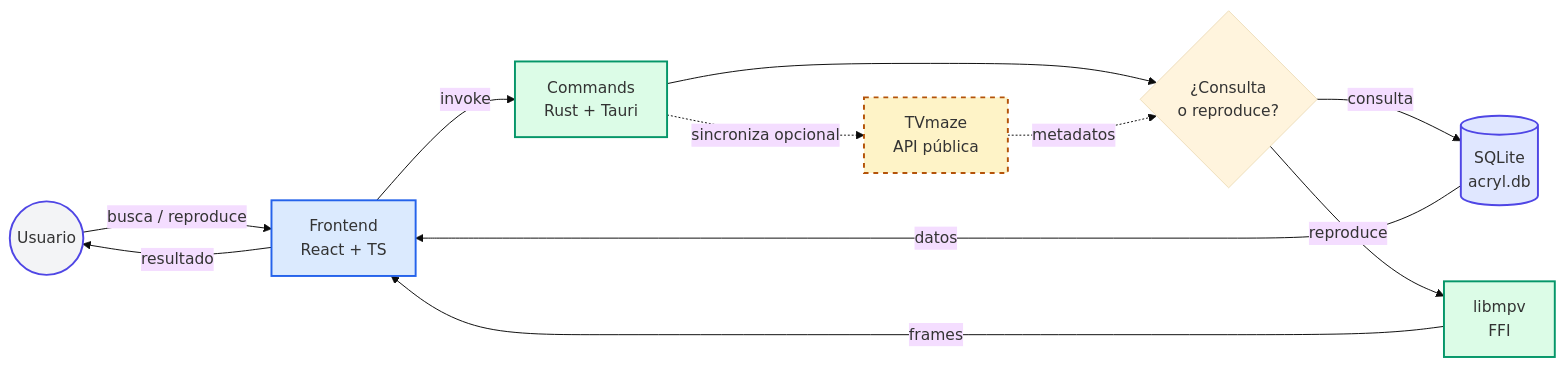
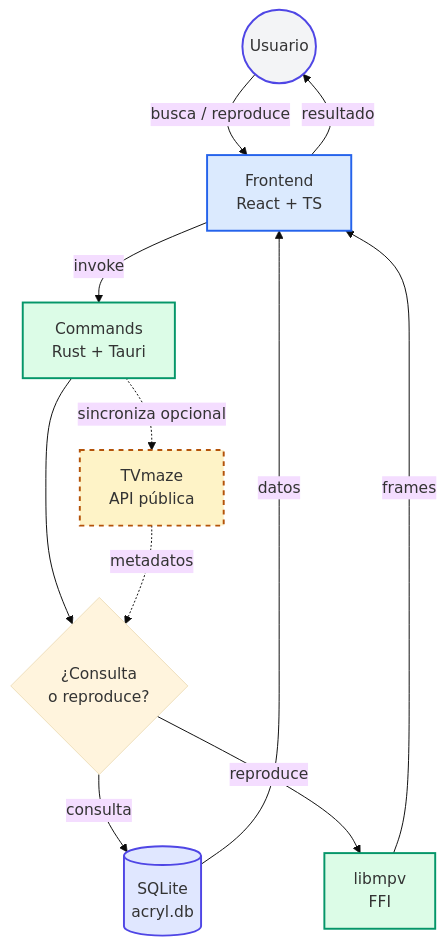
One commit to Angel-p-v/Acryl changed the diagram in README.md. Above: the diagram before and after it, drawn with Mermaid (base theme).

Commit message:
feat(readme): diagrama Mermaid con layout equilibrado
Cambia el diagrama de arquitectura a graph TD con estructura en árbol:
nodos de datos (SQLite, libmpv) en paralelo bajo la decisión, en lugar de
una línea vertical larga. Esto equilibra mejor ancho y alto en el README.

````diff
--- a/README.md
+++ b/README.md
@@ -60,26 +60,34 @@
 ```mermaid
-graph LR
-    Usuario((Usuario)) -->|busca / reproduce| Frontend[Frontend<br/>React + TS]
-    Frontend -->|invoke| Commands[Commands<br/>Rust + Tauri]
-    Commands --> Decision{¿Consulta<br/>o reproduce?}
-    Decision -->|consulta| SQLite[(SQLite<br/>acryl.db)]
-    Decision -->|reproduce| MPV[libmpv<br/>FFI]
+graph TD
+    Usuario((Usuario))
+    Frontend[Frontend<br/>React + TS]
+    Commands[Commands<br/>Rust + Tauri]
+    Decision{¿Consulta<br/>o reproduce?}
+    SQLite[(SQLite<br/>acryl.db)]
+    MPV[libmpv<br/>FFI]
+    TVmaze[TVmaze<br/>API pública]
+
+    Usuario -->|busca / reproduce| Frontend
+    Frontend -->|invoke| Commands
+    Commands --> Decision
+    Decision -->|consulta| SQLite
+    Decision -->|reproduce| MPV
     SQLite -->|datos| Frontend
     MPV -->|frames| Frontend
-    Commands -.->|sincroniza opcional| TVmaze[TVmaze<br/>API pública]
+    Commands -.->|sincroniza opcional| TVmaze
     TVmaze -.->|metadatos| Decision
     Frontend -->|resultado| Usuario
 
     classDef usuario fill:#f3f4f6,stroke:#4f46e5,stroke-width:2px
     classDef frontend fill:#dbeafe,stroke:#2563eb,stroke-width:2px
     classDef backend fill:#dcfce7,stroke:#059669,stroke-width:2px
     classDef db fill:#e0e7ff,stroke:#4f46e5,stroke-width:2px
     classDef ext fill:#fef3c7,stroke:#b45309,stroke-width:2px,stroke-dasharray: 5 5
 
     class Usuario usuario
     class Frontend frontend
     class Commands backend
     class SQLite db
     class MPV backend
     class TVmaze ext
 ```
````
